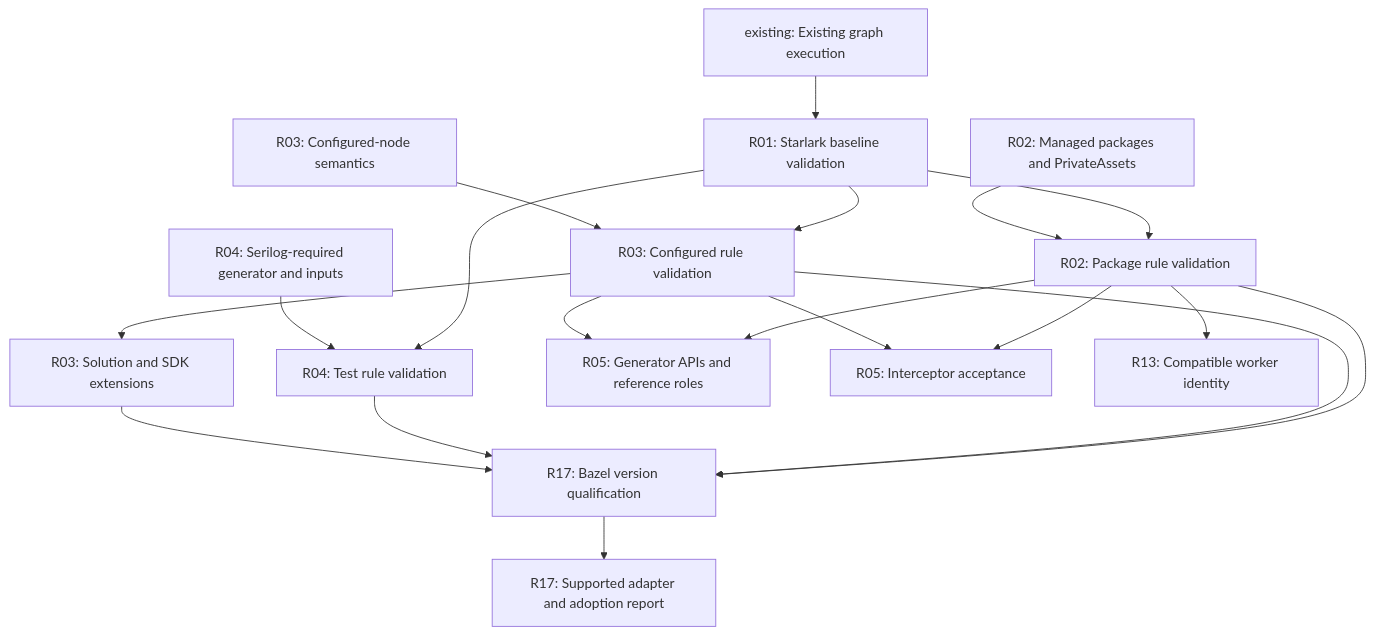
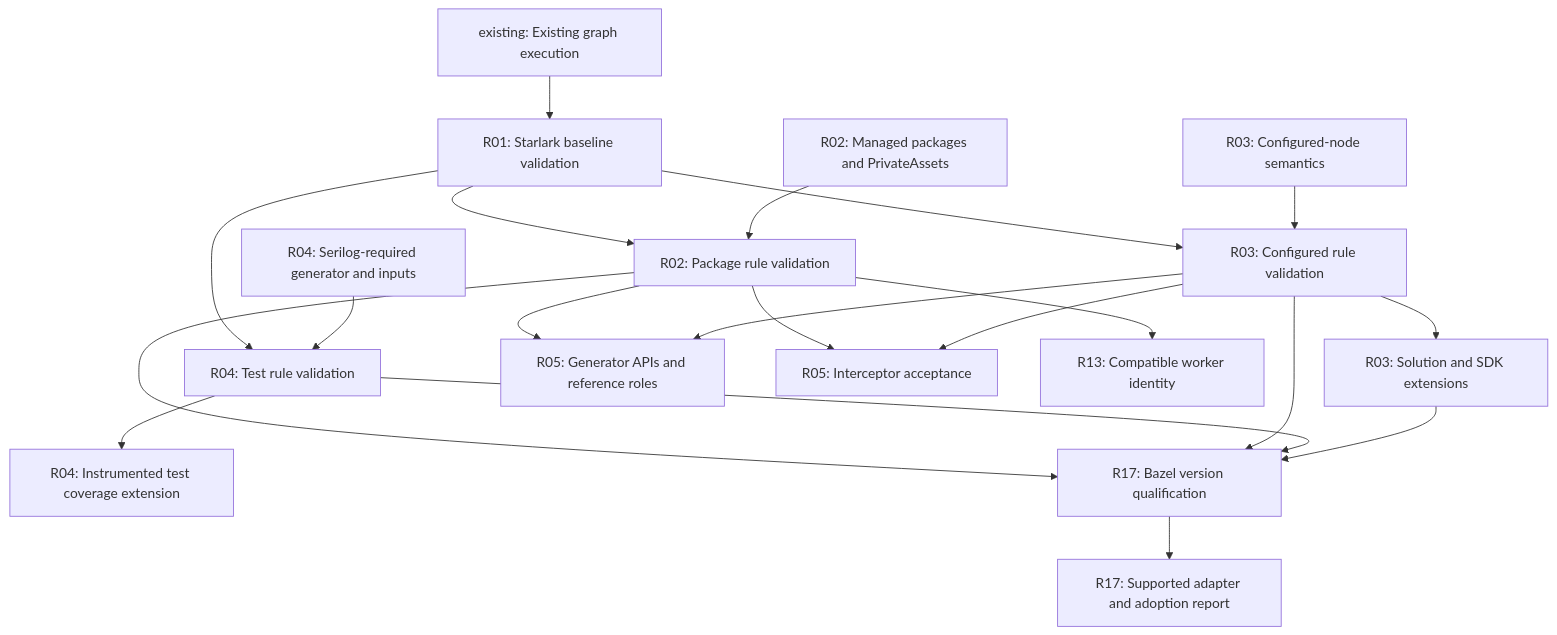
The fourth of 4 diagrams in docs/roadmap-graph.md (keegan-caruso/msbuild-bazel), drawn with Mermaid before and after one commit. The commit also changed other lines of this file and 5 other files, not shown here.

````diff
--- a/docs/roadmap-graph.md
+++ b/docs/roadmap-graph.md
@@ -171,35 +171,37 @@
 ```mermaid
 flowchart TD
   base["existing: Existing graph execution"]
   packages["R02: Managed packages and PrivateAssets"]
   configured["R03: Configured-node semantics"]
   inputs["R04: Serilog-required generator and inputs"]
   starlark_core["R01: Starlark baseline validation"]
   starlark_packages["R02: Package rule validation"]
   starlark_configured["R03: Configured rule validation"]
   starlark_tests["R04: Test rule validation"]
+  test_coverage["R04: Instrumented test coverage extension"]
   entrypoints["R03: Solution and SDK extensions"]
   generators["R05: Generator APIs and reference roles"]
   interceptors["R05: Interceptor acceptance"]
   worker_identity["R13: Compatible worker identity"]
   bazel_compatibility["R17: Bazel version qualification"]
   release["R17: Supported adapter and adoption report"]
   base --> starlark_core
   starlark_core --> starlark_packages
   packages --> starlark_packages
   starlark_core --> starlark_configured
   configured --> starlark_configured
   starlark_core --> starlark_tests
   inputs --> starlark_tests
+  starlark_tests --> test_coverage
   starlark_configured --> entrypoints
   starlark_packages --> generators
   starlark_configured --> generators
   starlark_packages --> interceptors
   starlark_configured --> interceptors
   starlark_packages --> worker_identity
   starlark_packages --> bazel_compatibility
   starlark_configured --> bazel_compatibility
   starlark_tests --> bazel_compatibility
   entrypoints --> bazel_compatibility
   bazel_compatibility --> release
 ```
````
